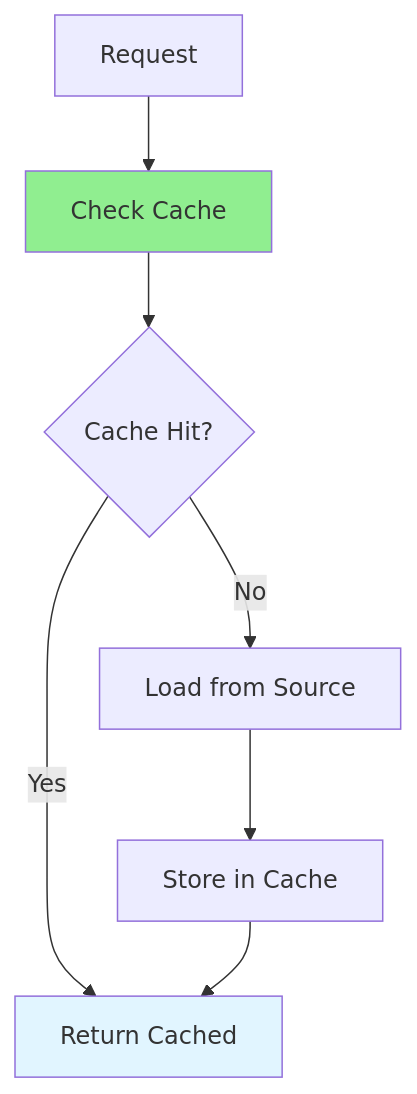
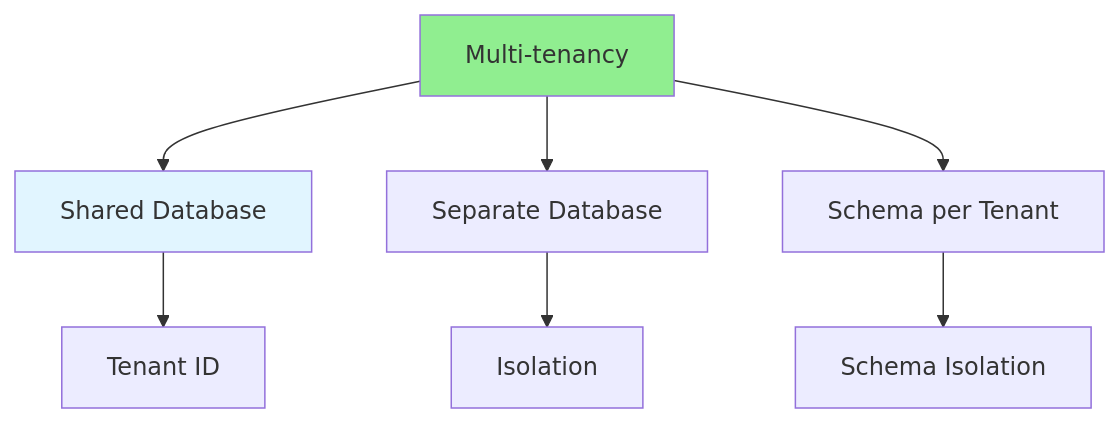
The diagram in Full-Stack-Guides/Group-09-Complex-Functions/09.13_Multi_tenancy.md (iouthnamain/tech-note), drawn with Mermaid before and after one commit. The commit also changed other lines of this file and 480 other files, not shown here.

````diff
--- a/Full-Stack-Guides/Group-09-Complex-Functions/09.13_Multi_tenancy.md
+++ b/Full-Stack-Guides/Group-09-Complex-Functions/09.13_Multi_tenancy.md
@@ -23,12 +22,13 @@
 ```mermaid
 graph TD
-    Request[Request] --> Cache[Check Cache]
-    Cache --> Hit{Cache Hit?}
-    Hit -->|Yes| Return[Return Cached]
-    Hit -->|No| Load[Load from Source]
-    Load --> Store[Store in Cache]
-    Store --> Return
+    MultiTenant[Multi-tenancy] --> SharedDB[Shared Database]
+    MultiTenant --> SeparateDB[Separate Database]
+    MultiTenant --> Schema[Schema per Tenant]
     
-    style Cache fill:#90EE90
-    style Return fill:#e1f5ff
+    SharedDB --> TenantId[Tenant ID]
+    SeparateDB --> Isolation[Isolation]
+    Schema --> SchemaIsolation[Schema Isolation]
+    
+    style MultiTenant fill:#90EE90
+    style SharedDB fill:#e1f5ff
 ```
````
